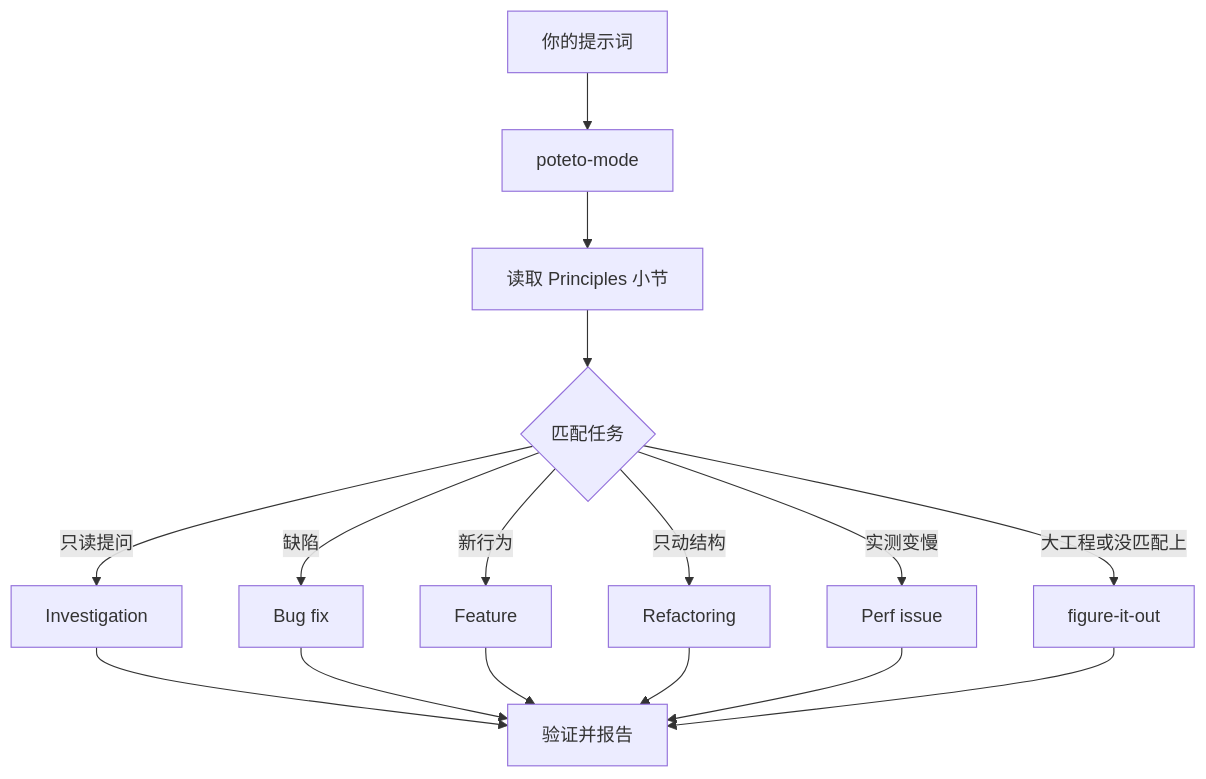
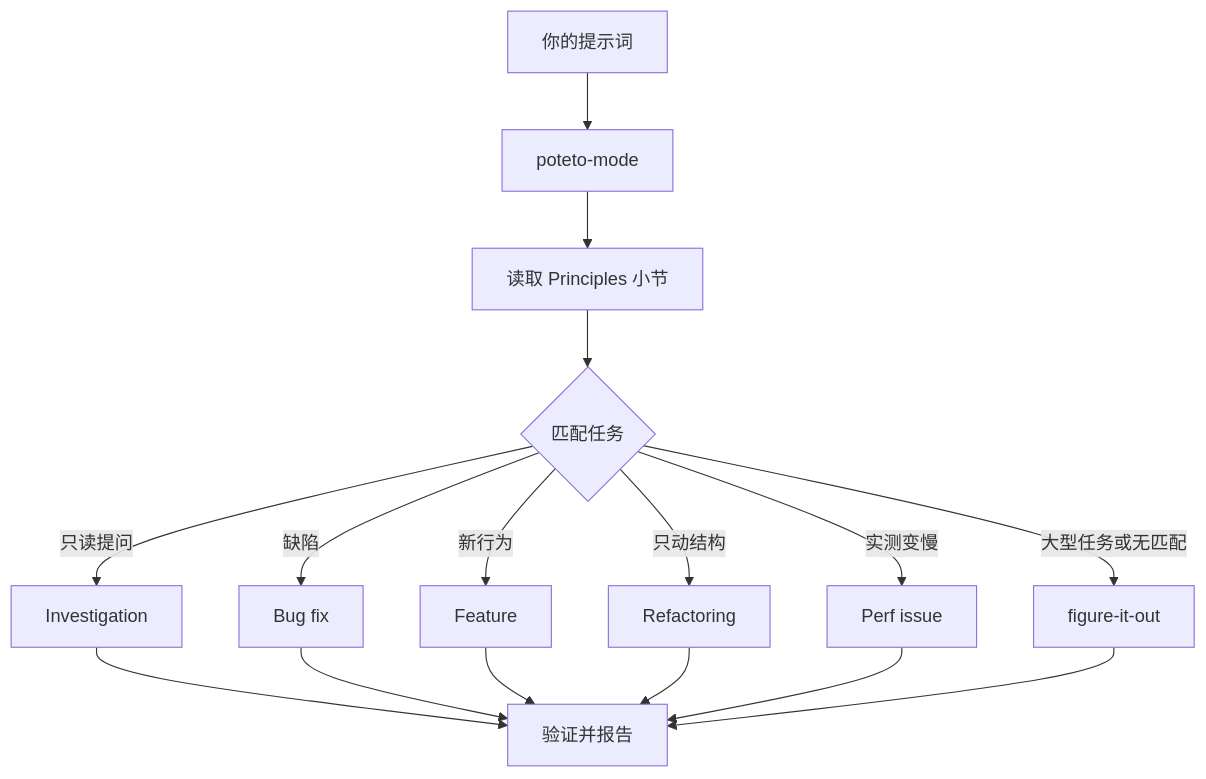
One commit to alvinhui/plugins changed the diagram in pstack/docs/guide-zhCN/02-poteto-mode.md. Above: the diagram before and after it, drawn with Mermaid. The commit also changed other lines of this file and 10 other files, not shown here.

````diff
--- a/pstack/docs/guide-zhCN/02-poteto-mode.md
+++ b/pstack/docs/guide-zhCN/02-poteto-mode.md
@@ -9,18 +9,18 @@
 ```mermaid
 flowchart TD
     A[你的提示词] --> B[poteto-mode]
     B --> C[读取 Principles 小节]
     C --> D{匹配任务}
     D -->|只读提问| E[Investigation]
     D -->|缺陷| F[Bug fix]
     D -->|新行为| G[Feature]
     D -->|只动结构| H[Refactoring]
     D -->|实测变慢| I[Perf issue]
-    D -->|大工程或没匹配上| J[figure-it-out]
+    D -->|大型任务或无匹配| J[figure-it-out]
     E --> K[验证并报告]
     F --> K
     G --> K
     H --> K
     I --> K
     J --> K
 ```
````
